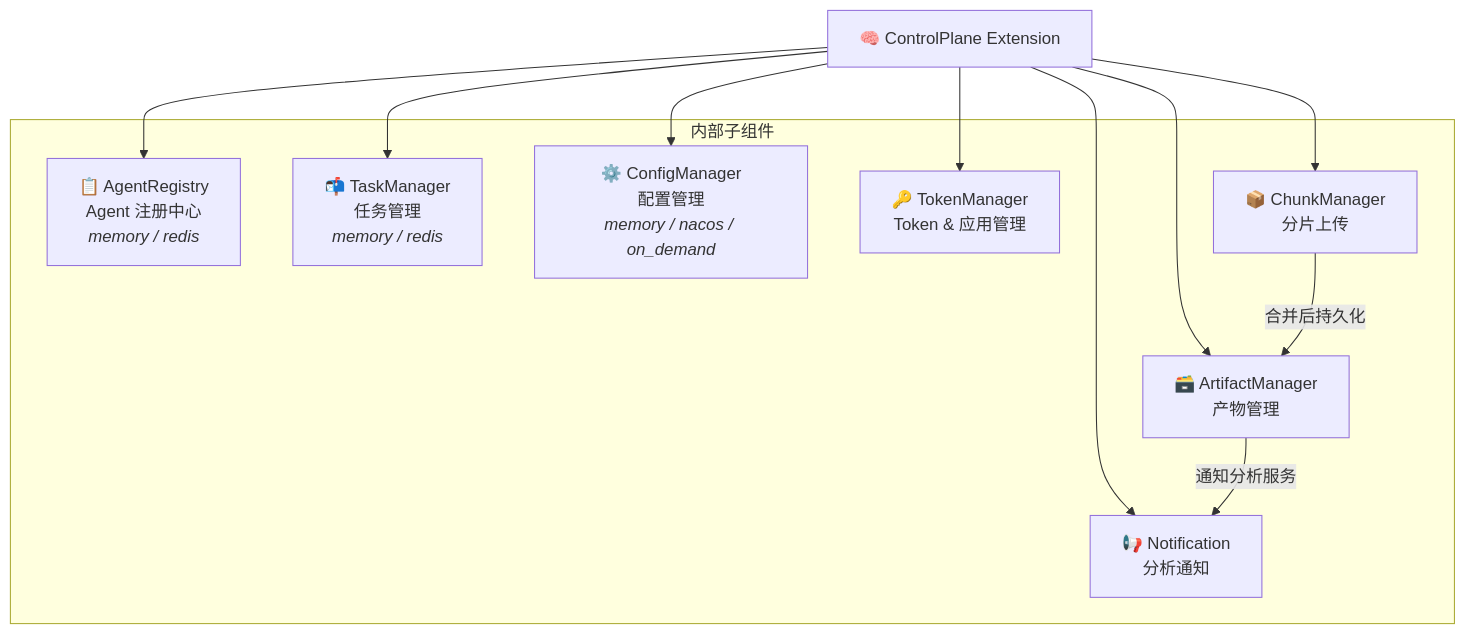
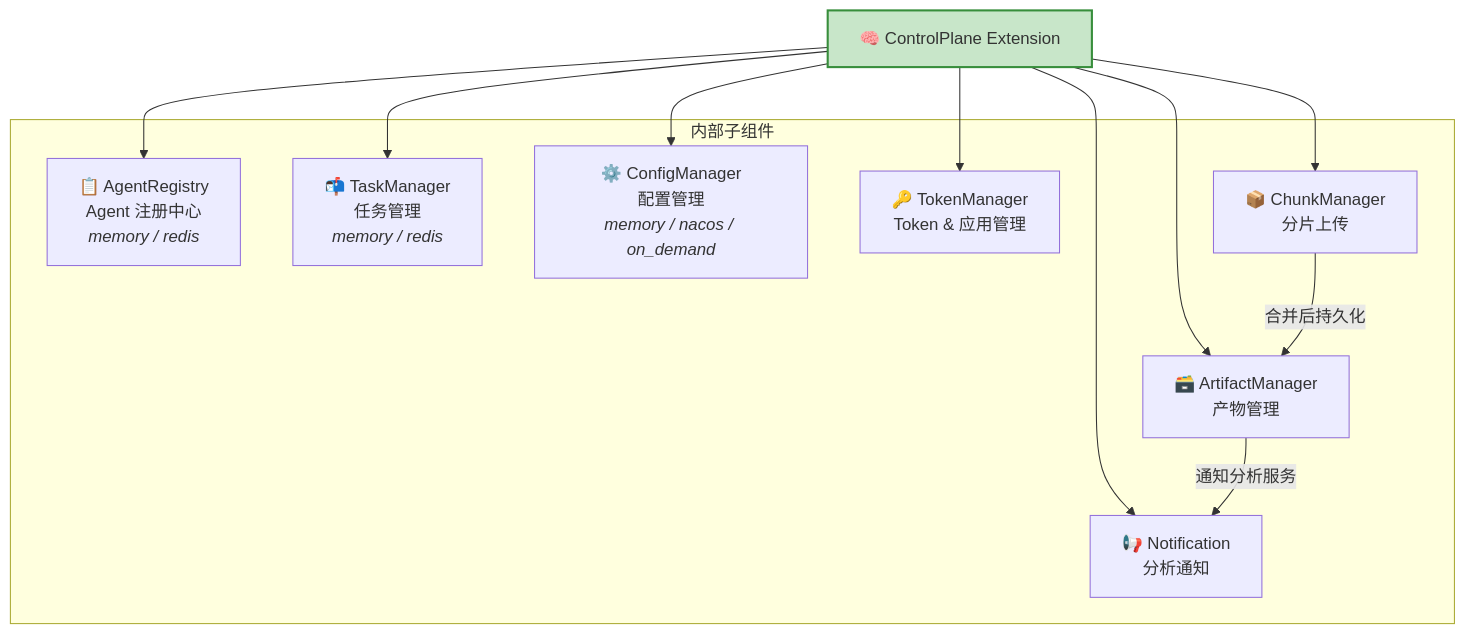
Before and after one commit to junjiewwang/custom-opentelemetry-collector: the fourth of 13 diagrams in README.md, drawn with Mermaid. The commit also changed other lines of this file, not shown here.

Commit message:
docs: 添加详细的 README.md 文档，包含架构图、组件详解和快速开始指南

````diff
--- a/README.md
+++ b/README.md
@@ -167,25 +179,27 @@
 ```mermaid
 graph TB
     CP["🧠 ControlPlane Extension"]
 
     subgraph Managers["内部子组件"]
         AR["📋 AgentRegistry<br/>Agent 注册中心<br/><i>memory / redis</i>"]
         TM["📬 TaskManager<br/>任务管理<br/><i>memory / redis</i>"]
         CM["⚙️ ConfigManager<br/>配置管理<br/><i>memory / nacos / on_demand</i>"]
         TK["🔑 TokenManager<br/>Token & 应用管理"]
         CK["📦 ChunkManager<br/>分片上传"]
         AM["🗃️ ArtifactManager<br/>产物管理"]
         NT["📢 Notification<br/>分析通知"]
     end
 
     CP --> AR
     CP --> TM
     CP --> CM
     CP --> TK
     CP --> CK
     CP --> AM
     CP --> NT
 
     CK -->|"合并后持久化"| AM
     AM -->|"通知分析服务"| NT
+
+    style CP fill:#C8E6C9,stroke:#388E3C,stroke-width:2px
 ```
````
